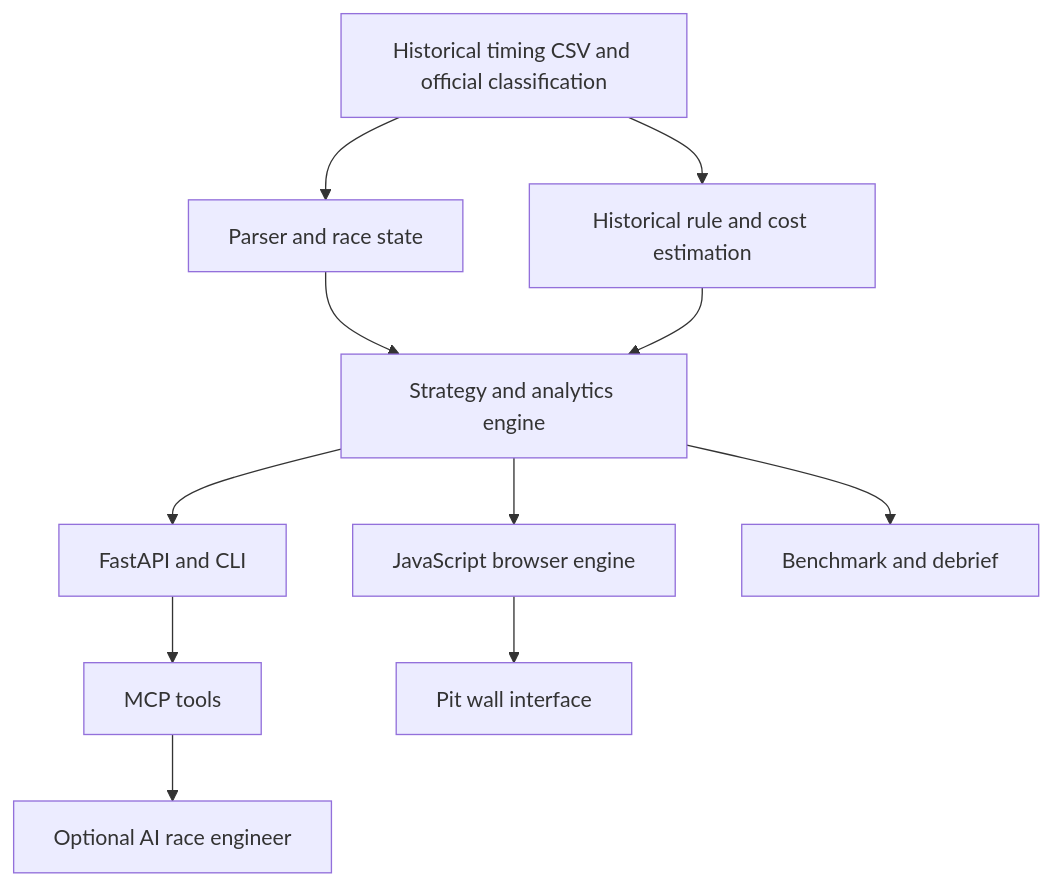
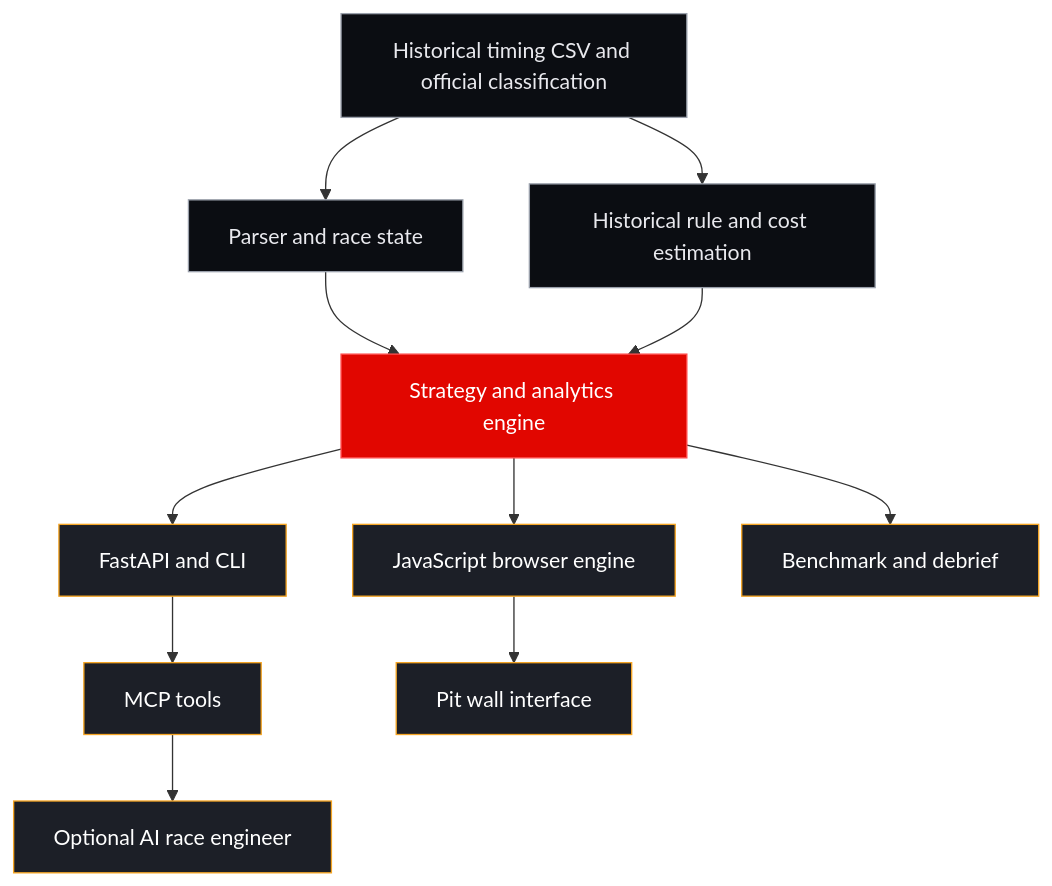
One commit to ar-karkon/Stintwise changed the diagram in README.md. Above: the diagram before and after it, drawn with Mermaid. The commit also changed other lines of this file and 10 other files, not shown here.

````diff
--- a/README.md
+++ b/README.md
@@ -164,13 +214,20 @@
 ```mermaid
 flowchart TD
     A[Historical timing CSV and official classification] --> B[Parser and race state]
     A --> C[Historical rule and cost estimation]
     B --> D[Strategy and analytics engine]
     C --> D
     D --> E[FastAPI and CLI]
     D --> F[JavaScript browser engine]
     E --> G[MCP tools]
     F --> H[Pit wall interface]
     G --> I[Optional AI race engineer]
     D --> J[Benchmark and debrief]
+
+    classDef data fill:#0B0D12,stroke:#9AA0AB,color:#E9E9EE
+    classDef engine fill:#E10600,stroke:#FF4D4D,color:#FFFFFF
+    classDef surface fill:#1C1F27,stroke:#F5A524,color:#FFFFFF
+    class A,B,C data
+    class D engine
+    class E,F,G,H,I,J surface
 ```
````
